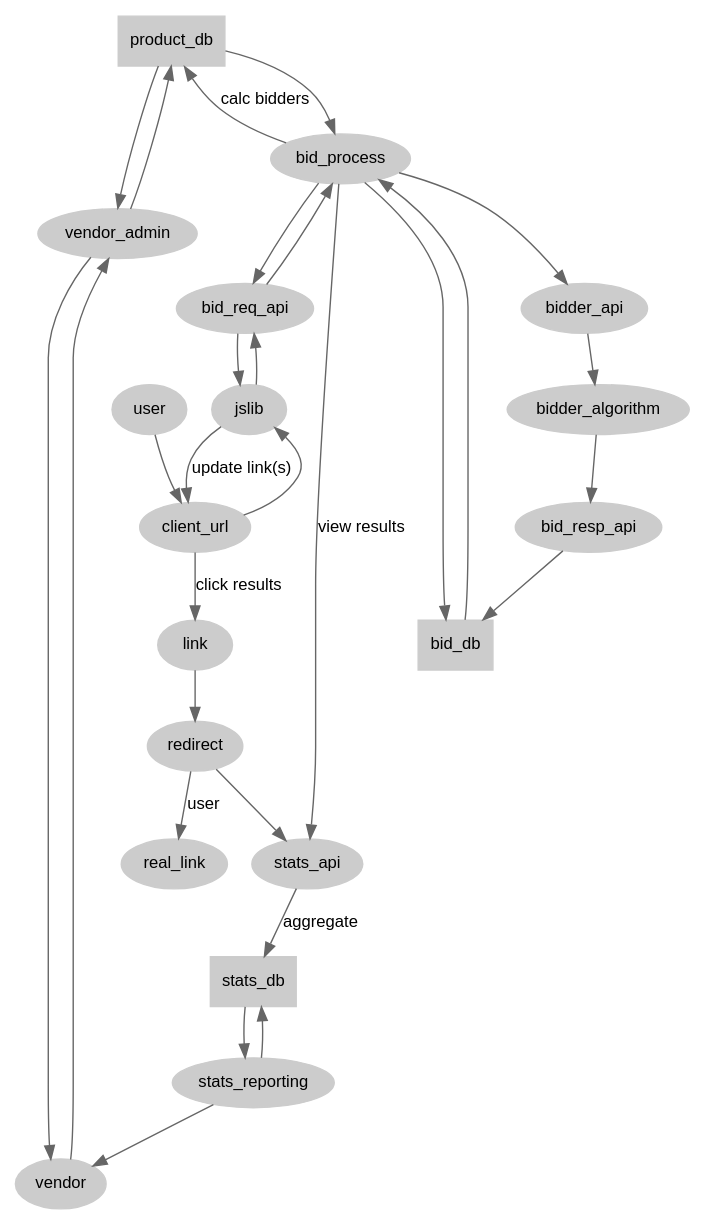
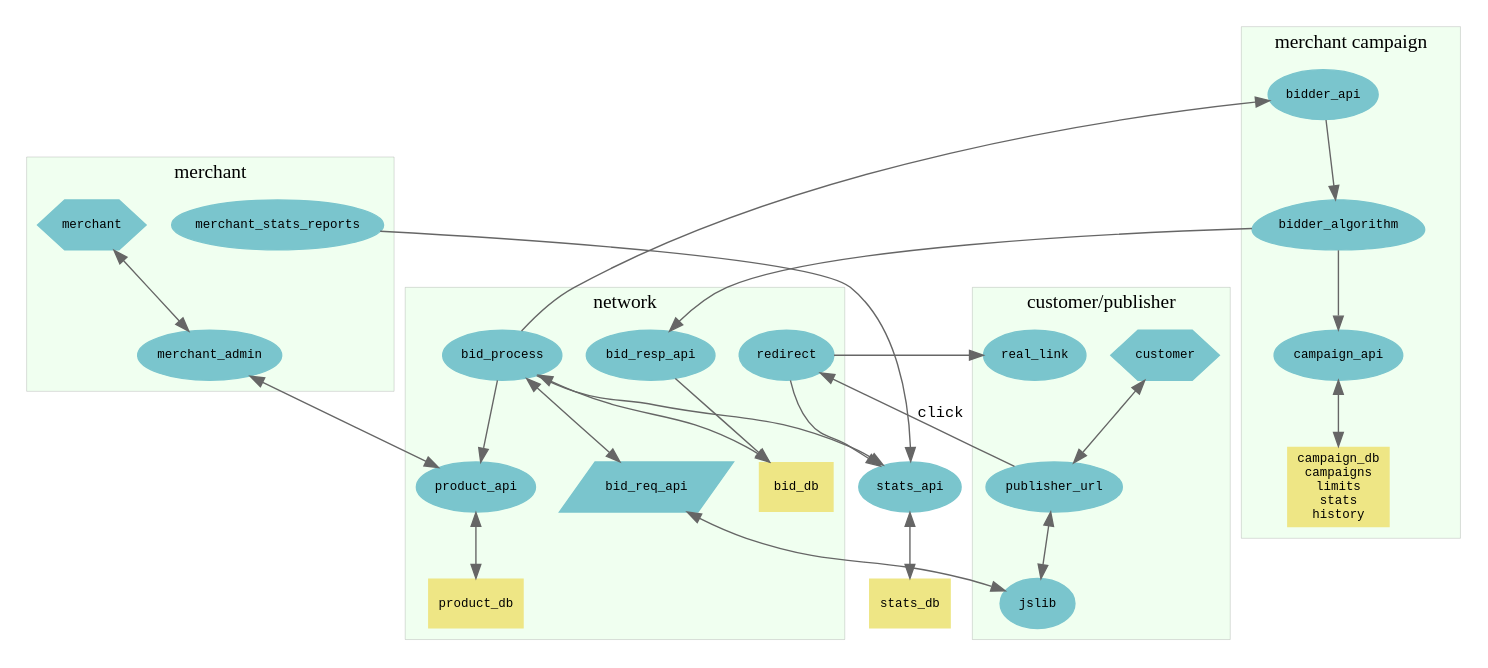
Before and after one commit to rflynn/bid: the diagram in doc/arch.dot, drawn with Graphviz. The commit also changed 2 other files, not shown here.

Commit message:
export arch to pdf and use a custom db shape. unfortunately, once again graphviz's layout fails and i'm switching to a Google Drive Drawing

```diff
--- a/doc/arch.dot
+++ b/doc/arch.dot
@@ -1,43 +1,99 @@
 digraph {
-  node [fontname=arial,fontsize=12,shape=oval,style=filled,color="#cccccc"]
-  edge [fontname=arial,fontsize=12,color="#666666"]
-  product_db [shape=box]
-  bid_db [shape=box]
-  stats_db [shape=box]
-  client_url
-  bid_req_api
-  bid_resp_api
-  stats_api
 
-  subgraph {
-    bidder_api
-    bidder_algorithm
+  title="BAM-X Data Flow"
+
+  //overlap=false;
+  overlap=vpsc;
+
+  node [fontname=Courier,fontsize=9,shape=oval,style=filled,color="cadetblue3"]
+  edge [len=1.5,fontname=Courier,fontsize=11,color="#666666"]
+
+  //rankdir=LR;
+
+  //publisher
+
+  subgraph cluster_bidder {
+    label="bidder";
+    style=filled
+    bgcolor="honeydew"
+    penwidth=0.1
   }
 
-  vendor -> vendor_admin -> product_db -> vendor_admin
-  vendor_admin -> vendor
+  subgraph _stats {
+    label="stats"
+    style=filled
+    bgcolor="honeydew"
+    penwidth=0.1
+    stats_db [shape=DatabaseShape,peripheries=0,color="khaki2"];
+    stats_api
+  }
 
-  user -> client_url -> jslib -> bid_req_api -> jslib
-  jslib -> client_url [label="update link(s)"]
-  bid_req_api -> bid_process
-  bid_process -> bidder_api
-  bid_process -> product_db [label="calc bidders"]
-  product_db -> bid_process
+  subgraph cluster_network {
+    label="network"
+    style=filled
+    bgcolor="honeydew"
+    penwidth=0.1
+    bid_req_api [shape=parallelogram]
+    bid_process
+    bid_db [shape=DatabaseShape,peripheries=0,color="khaki2"];
+    bid_resp_api
+    redirect
+    product_api
+    product_db [shape=DatabaseShape,peripheries=0,color="khaki2"];
+  }
+
+  subgraph cluster_customer {
+    label="customer/publisher"
+    style=filled
+    bgcolor="honeydew"
+    penwidth=0.1
+    customer [shape=hexagon]
+    publisher_url
+    jslib
+    real_link
+  }
+
+  subgraph cluster_merchant {
+    label="merchant"
+    style=filled
+    bgcolor="honeydew"
+    penwidth=0.1
+    merchant [shape=hexagon]
+    merchant_admin
+    merchant_stats_reports
+  }
+
+  subgraph cluster_merchant_campaign {
+    label="merchant campaign"
+    style=filled
+    bgcolor="honeydew"
+    penwidth=0.1
+
+    campaign_api
+    bidder_api
+    bidder_algorithm [shape=egg]
+    campaign_db [shape=DatabaseShape,peripheries=0,color="khaki2",label="campaign_db\ncampaigns\nlimits\nstats\nhistory"];
+  }
+
+  merchant -> merchant_admin [dir=both]
+  merchant_admin -> product_api [dir=both]
+
+  customer -> publisher_url [dir=both]
+  publisher_url -> jslib [dir=both]
+  bid_req_api -> jslib [dir=both]
+  bid_process -> { bidder_api product_api }
+  product_api -> product_db [dir=both]
   bidder_api -> bidder_algorithm -> bid_resp_api -> bid_db
-  /*bidder_algorithm -> bidder_campaigns
-  bidder_algorithm -> bidder_limits
-  bidder_algorithm -> bidder_history*/
-  bid_process -> bid_db
-  bid_process -> bid_req_api
-  bid_db -> bid_process
-  bid_process -> stats_api [label="view results"]
-  stats_api -> stats_db [label="aggregate"]
-  stats_reporting -> stats_db -> stats_reporting
-  stats_reporting -> vendor
+  bidder_algorithm -> campaign_api
+  campaign_api -> campaign_db [dir=both]
+  bid_process -> bid_db [dir=both]
+  bid_process -> bid_req_api [dir=both]
+  bid_process -> stats_api [label=""]
+  stats_api -> stats_db [dir=both]
 
-  client_url -> link [label="click results"]
-  link -> redirect
-  redirect -> real_link [label="user"]
-  redirect -> stats_api [label=""]
+  publisher_url -> redirect [label="click"]
+  redirect -> { stats_api real_link }
+
+  merchant_stats_reports -> stats_api
 
 }
```
